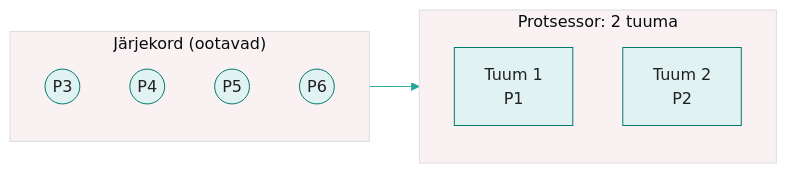
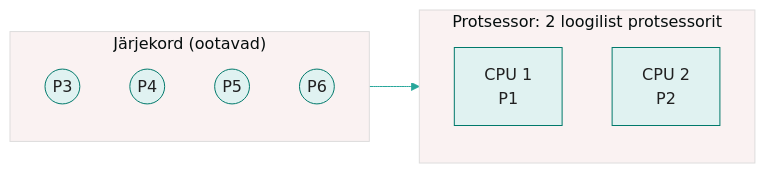
Before and after one commit to hkhk-monitoring/monitoring: the third of 3 diagrams in docs/week03/lecture.md, drawn with Mermaid. The commit also changed other lines of this file and 2 other files, not shown here.

````diff
--- a/docs/week03/lecture.md
+++ b/docs/week03/lecture.md
@@ -258,15 +281,15 @@
 ```mermaid
 %%{init: {'theme':'base','themeVariables':{'primaryColor':'#e0f2f1','primaryBorderColor':'#00796b','primaryTextColor':'#212121','lineColor':'#26a69a'}}}%%
 graph LR
     subgraph J["Järjekord (ootavad)"]
         P3((P3))
         P4((P4))
         P5((P5))
         P6((P6))
     end
-    subgraph C["Protsessor: 2 tuuma"]
-        T1["Tuum 1<br/>P1"]
-        T2["Tuum 2<br/>P2"]
+    subgraph C["Protsessor: 2 loogilist protsessorit"]
+        T1["CPU 1<br/>P1"]
+        T2["CPU 2<br/>P2"]
     end
     J --> C
 ```
````
